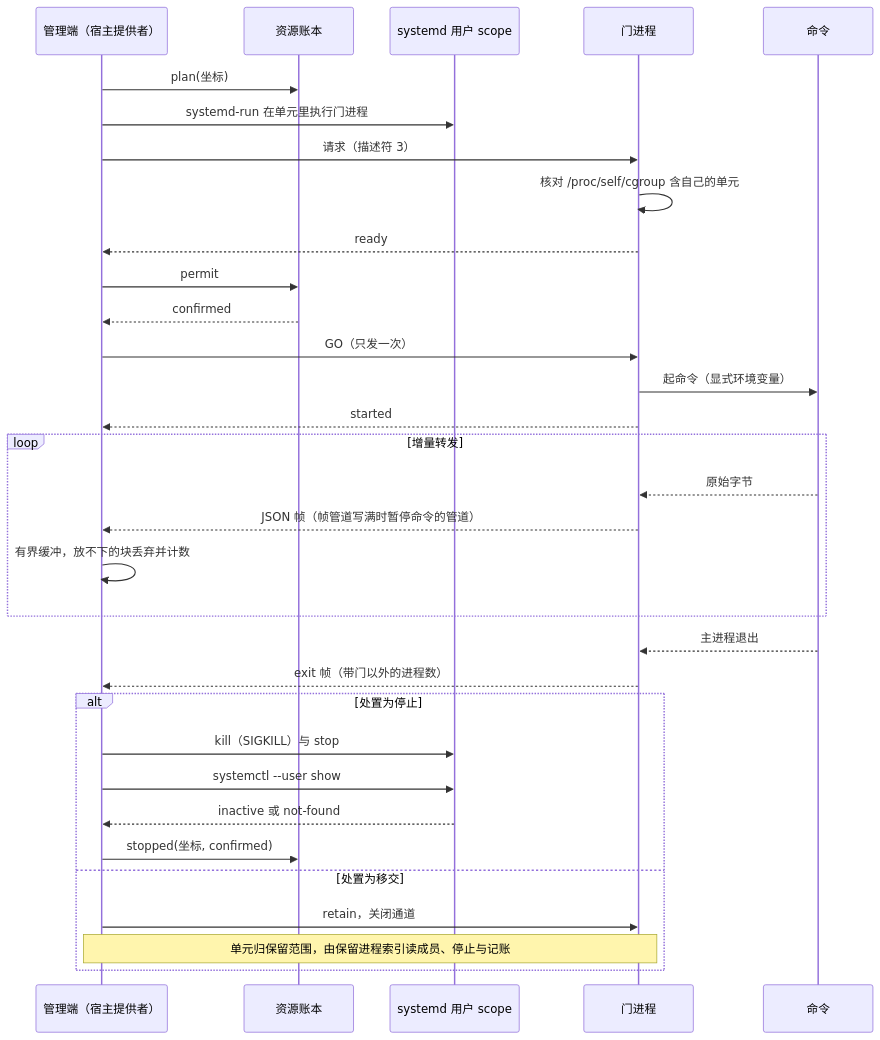
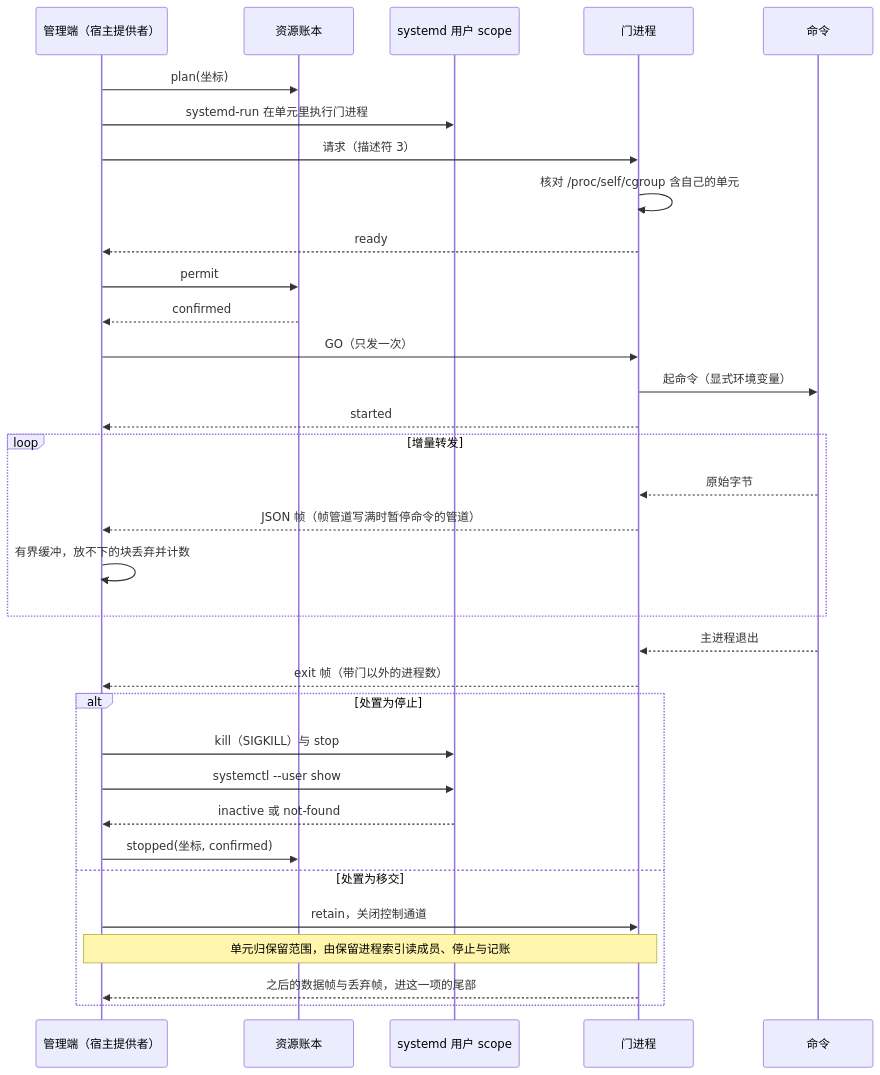
Before and after one commit to nemori-ai/omne-harness-lite: the second of 2 diagrams in packages/execution/execution-environment-host-local/docs/architecture.md, drawn with Mermaid. The commit also changed other lines of this file and 15 other files, not shown here.

````diff
--- a/packages/execution/execution-environment-host-local/docs/architecture.md
+++ b/packages/execution/execution-environment-host-local/docs/architecture.md
@@ -242,34 +242,35 @@
 ```mermaid
 sequenceDiagram
   participant M as 管理端（宿主提供者）
   participant R as 资源账本
   participant S as systemd 用户 scope
   participant G as 门进程
   participant T as 命令
   M->>R: plan(坐标)
   M->>S: systemd-run 在单元里执行门进程
   M->>G: 请求（描述符 3）
   G->>G: 核对 /proc/self/cgroup 含自己的单元
   G-->>M: ready
   M->>R: permit
   R-->>M: confirmed
   M->>G: GO（只发一次）
   G->>T: 起命令（显式环境变量）
   G-->>M: started
   loop 增量转发
     T-->>G: 原始字节
     G-->>M: JSON 帧（帧管道写满时暂停命令的管道）
     M->>M: 有界缓冲，放不下的块丢弃并计数
   end
   T-->>G: 主进程退出
   G-->>M: exit 帧（带门以外的进程数）
   alt 处置为停止
     M->>S: kill（SIGKILL）与 stop
     M->>S: systemctl --user show
     S-->>M: inactive 或 not-found
     M->>R: stopped(坐标, confirmed)
   else 处置为移交
-    M->>G: retain，关闭通道
+    M->>G: retain，关闭控制通道
     Note over M,G: 单元归保留范围，由保留进程索引读成员、停止与记账
+    G-->>M: 之后的数据帧与丢弃帧，进这一项的尾部
   end
 ```
````
